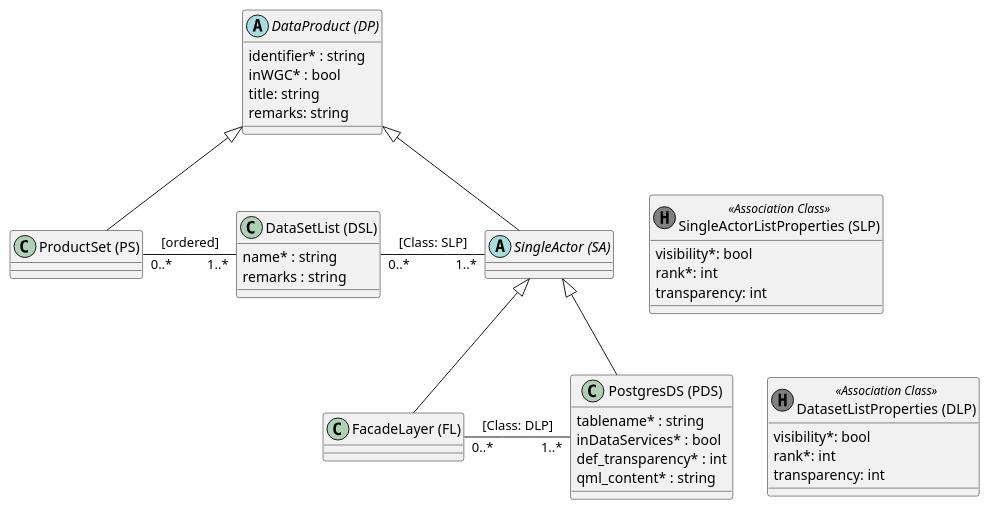
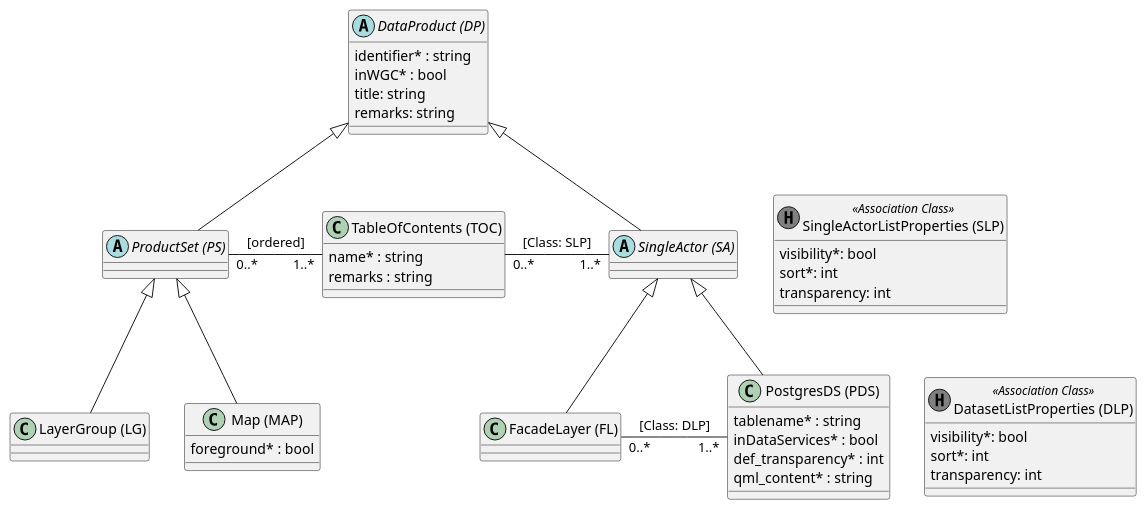
The diagram in puml/src/proto_model_v2.puml (simi-so/mm), drawn with PlantUML before and after one commit. The commit also changed 6 other files, not shown here.

Commit message:
Rename DSL --> TOC, add LG and MAP to proto model V2

```diff
--- a/puml/src/proto_model_v2.puml
+++ b/puml/src/proto_model_v2.puml
@@ -1,55 +1,64 @@
 @startuml
 
 abstract class "DataProduct (DP)" as dp {
     identifier* : string
     inWGC* : bool
     title: string
     remarks: string
 }
 
-class "ProductSet (PS)" as ps
+abstract class "ProductSet (PS)" as ps
 
-class "DataSetList (DSL)" as dsl {
+class "LayerGroup (LG)" as lg
+
+class "Map (MAP)" as map {
+  foreground* : bool
+}
+
+class "TableOfContents (TOC)" as toc {
     name* : string
     remarks : string
 }
 
 abstract class "SingleActor (SA)" as sa
 
 class "FacadeLayer (FL)" as fl
 
 class "PostgresDS (PDS)" as pds {
     tablename* : string
     inDataServices* : bool
     def_transparency* : int
     qml_content* : string
 }
 
 class "DatasetListProperties (DLP)" as dlp << (H, grey) Association Class >> {
     visibility*: bool
-    rank*: int
+    sort*: int
     transparency: int
 }
 
 class "SingleActorListProperties (SLP)" as slp << (H, grey) Association Class >> {
     visibility*: bool
-    rank*: int
+    sort*: int
     transparency: int
 }
 
 dp <|-- ps
+dp <|-- sa
 
-dp <|-- sa
 sa <|-- pds
 sa <|-- fl
 
-ps "0..*" - "1..*" dsl : [ordered]
+ps <|-- lg
+ps <|-- map
 
-dsl "0..*" - "1..*" sa : [Class: SLP]
+ps "0..*" - "1..*" toc : [ordered]
+
+toc "0..*" - "1..*" sa : [Class: SLP]
 fl "0..*" - "1..*" pds : [Class: DLP]
 
 ' layout help
 sa -[hidden]> slp
 pds -[hidden]> dlp
 
 @enduml
```
